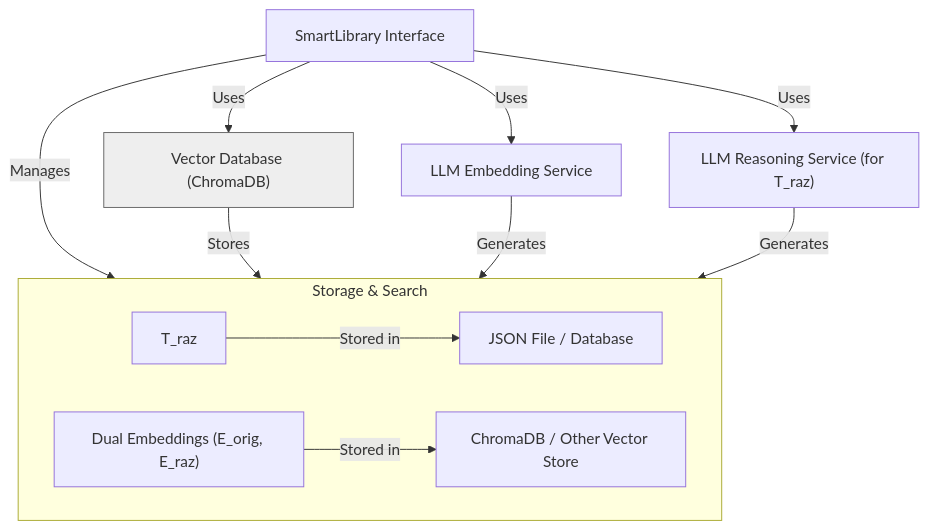
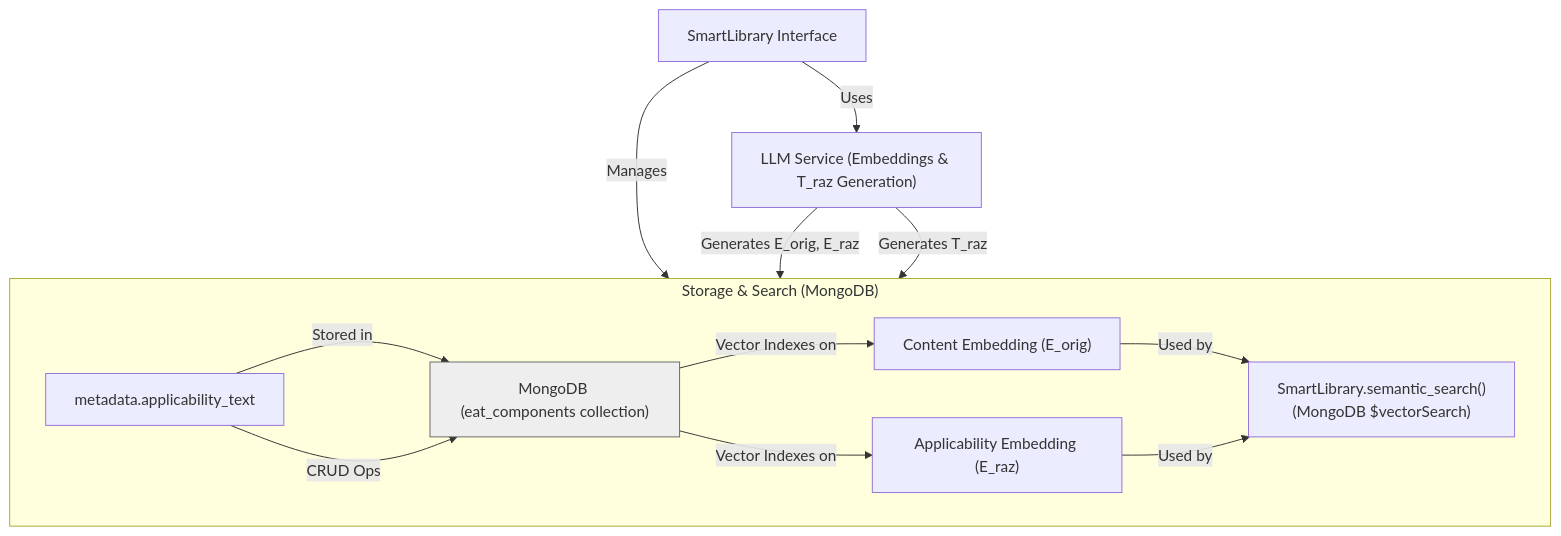
Before and after one commit to matiasmolinas/evolving-agents: the first of 4 diagrams in docs/ARCHITECTURE.md, drawn with Mermaid. The commit also changed other lines of this file and 15 other files, not shown here.

````diff
--- a/docs/ARCHITECTURE.md
+++ b/docs/ARCHITECTURE.md
@@ -61,19 +55,21 @@
 ```mermaid
 graph TD
-    SLI["SmartLibrary Interface"] -->|Manages| Records["Component Records (JSON)\n(T_orig, T_raz)"]
-    SLI -->|Uses| VDB["Vector Database (ChromaDB)"]:::infra
-    VDB -->|Stores| DualEmbeddings["Dual Embeddings (E_orig, E_raz)"]
-    SLI -->|Uses| LLMEmb["LLM Embedding Service"]
-    SLI -->|Uses| LLMReason["LLM Reasoning Service (for T_raz)"]
+    SLI["SmartLibrary Interface"] -->|Manages| Records["Component Records (MongoDB Documents)\n(id, name, ..., content_embedding, applicability_embedding, metadata.applicability_text)"]
+    Records -- Stored in --> MongoDB["MongoDB (eat_components collection)"]:::infra
+    MongoDB -- Vector Indexes on --> VIdxContent["Content Embedding (E_orig)"]
+    MongoDB -- Vector Indexes on --> VIdxApp["Applicability Embedding (E_raz)"]
 
-    subgraph Storage & Search
+    SLI -->|Uses| LLMS["LLM Service (Embeddings & T_raz Generation)"]
+
+    subgraph "Storage & Search (MongoDB)"
         direction LR
-        Records -- Stored in --> StorageBackend["JSON File / Database"]
-        DualEmbeddings -- Stored in --> VectorDBBackend["ChromaDB / Other Vector Store"]
+        Records -- CRUD Ops --> MongoDB
+        VIdxContent -- Used by --> SemanticSearch["SmartLibrary.semantic_search()\n(MongoDB $vectorSearch)"]
+        VIdxApp -- Used by --> SemanticSearch
     end
 
-    LLMEmb -- Generates --> DualEmbeddings
-    LLMReason -- Generates --> Records[T_raz]
+    LLMS -- Generates E_orig, E_raz --> Records
+    LLMS -- Generates T_raz --> Records[metadata.applicability_text]
 
     classDef infra fill:#eee,stroke:#666,stroke-width:1px,color:#333;
 ```
````
